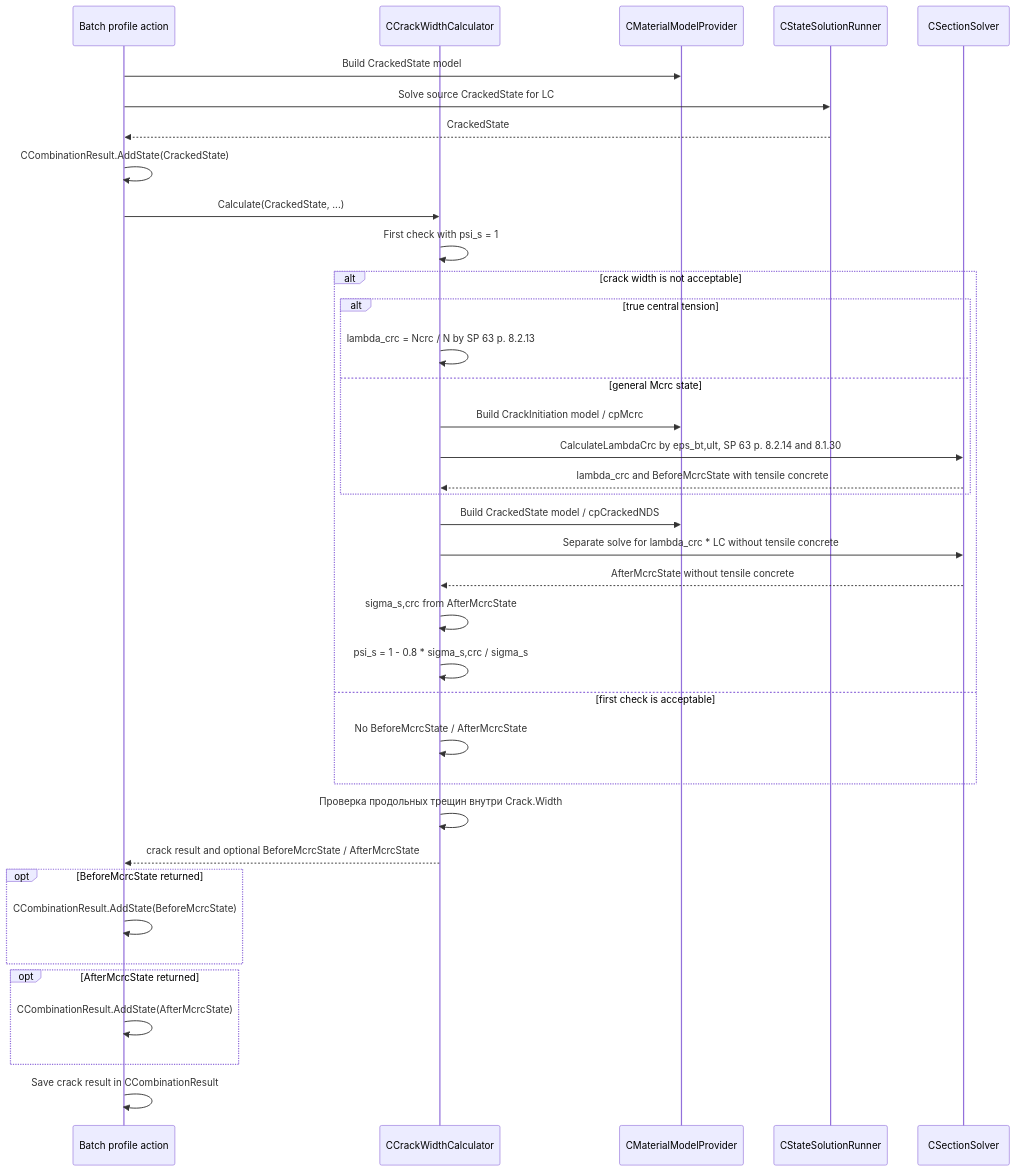
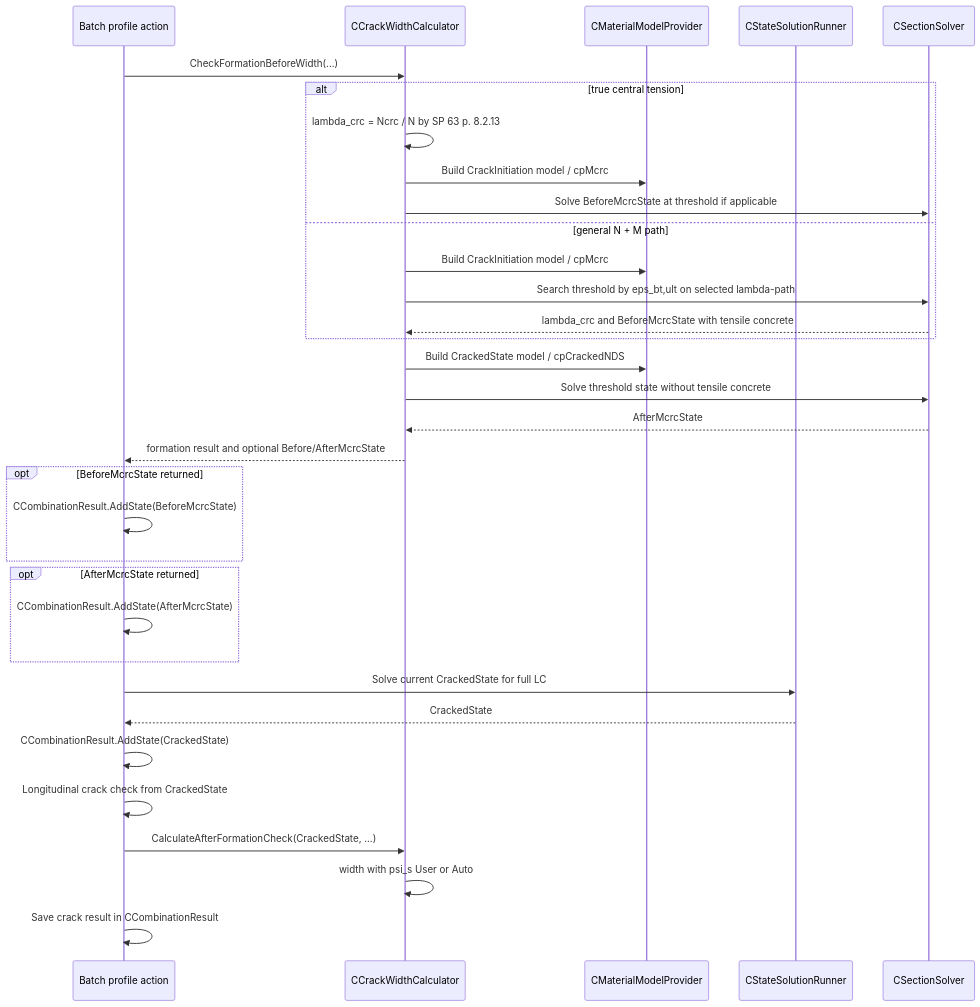
One commit to AhraAvidzba/RC_Section_NDM changed the third of 3 diagrams in docs/architecture/CalculationProfilesArchitecture.md. Above: the diagram before and after it, drawn with Mermaid. The commit also changed other lines of this file and 66 other files, not shown here.

````diff
--- a/docs/architecture/CalculationProfilesArchitecture.md
+++ b/docs/architecture/CalculationProfilesArchitecture.md
@@ -765,40 +771,36 @@
 ```mermaid
 sequenceDiagram
     participant Batch as Batch profile action
     participant Crack as CCrackWidthCalculator
     participant Mat as CMaterialModelProvider
     participant State as CStateSolutionRunner
     participant Solver as CSectionSolver
 
-    Batch->>Mat: Build CrackedState model
-    Batch->>State: Solve source CrackedState for LC
-    State-->>Batch: CrackedState
-    Batch->>Batch: CCombinationResult.AddState(CrackedState)
-    Batch->>Crack: Calculate(CrackedState, ...)
-    Crack->>Crack: First check with psi_s = 1
-    alt crack width is not acceptable
-        alt true central tension
-            Crack->>Crack: lambda_crc = Ncrc / N by SP 63 p. 8.2.13
-        else general Mcrc state
-            Crack->>Mat: Build CrackInitiation model / cpMcrc
-            Crack->>Solver: CalculateLambdaCrc by eps_bt,ult, SP 63 p. 8.2.14 and 8.1.30
-            Solver-->>Crack: lambda_crc and BeforeMcrcState with tensile concrete
-        end
-        Crack->>Mat: Build CrackedState model / cpCrackedNDS
-        Crack->>Solver: Separate solve for lambda_crc * LC without tensile concrete
-        Solver-->>Crack: AfterMcrcState without tensile concrete
-        Crack->>Crack: sigma_s,crc from AfterMcrcState
-        Crack->>Crack: psi_s = 1 - 0.8 * sigma_s,crc / sigma_s
-    else first check is acceptable
-        Crack->>Crack: No BeforeMcrcState / AfterMcrcState
+    Batch->>Crack: CheckFormationBeforeWidth(...)
+    alt true central tension
+        Crack->>Crack: lambda_crc = Ncrc / N by SP 63 p. 8.2.13
+        Crack->>Mat: Build CrackInitiation model / cpMcrc
+        Crack->>Solver: Solve BeforeMcrcState at threshold if applicable
+    else general N + M path
+        Crack->>Mat: Build CrackInitiation model / cpMcrc
+        Crack->>Solver: Search threshold by eps_bt,ult on selected lambda-path
+        Solver-->>Crack: lambda_crc and BeforeMcrcState with tensile concrete
     end
-    Crack->>Crack: Проверка продольных трещин внутри Crack.Width
-    Crack-->>Batch: crack result and optional BeforeMcrcState / AfterMcrcState
+    Crack->>Mat: Build CrackedState model / cpCrackedNDS
+    Crack->>Solver: Solve threshold state without tensile concrete
+    Solver-->>Crack: AfterMcrcState
+    Crack-->>Batch: formation result and optional Before/AfterMcrcState
     opt BeforeMcrcState returned
         Batch->>Batch: CCombinationResult.AddState(BeforeMcrcState)
     end
     opt AfterMcrcState returned
         Batch->>Batch: CCombinationResult.AddState(AfterMcrcState)
     end
+    Batch->>State: Solve current CrackedState for full LC
+    State-->>Batch: CrackedState
+    Batch->>Batch: CCombinationResult.AddState(CrackedState)
+    Batch->>Batch: Longitudinal crack check from CrackedState
+    Batch->>Crack: CalculateAfterFormationCheck(CrackedState, ...)
+    Crack->>Crack: width with psi_s User or Auto
     Batch->>Batch: Save crack result in CCombinationResult
 ```
````
